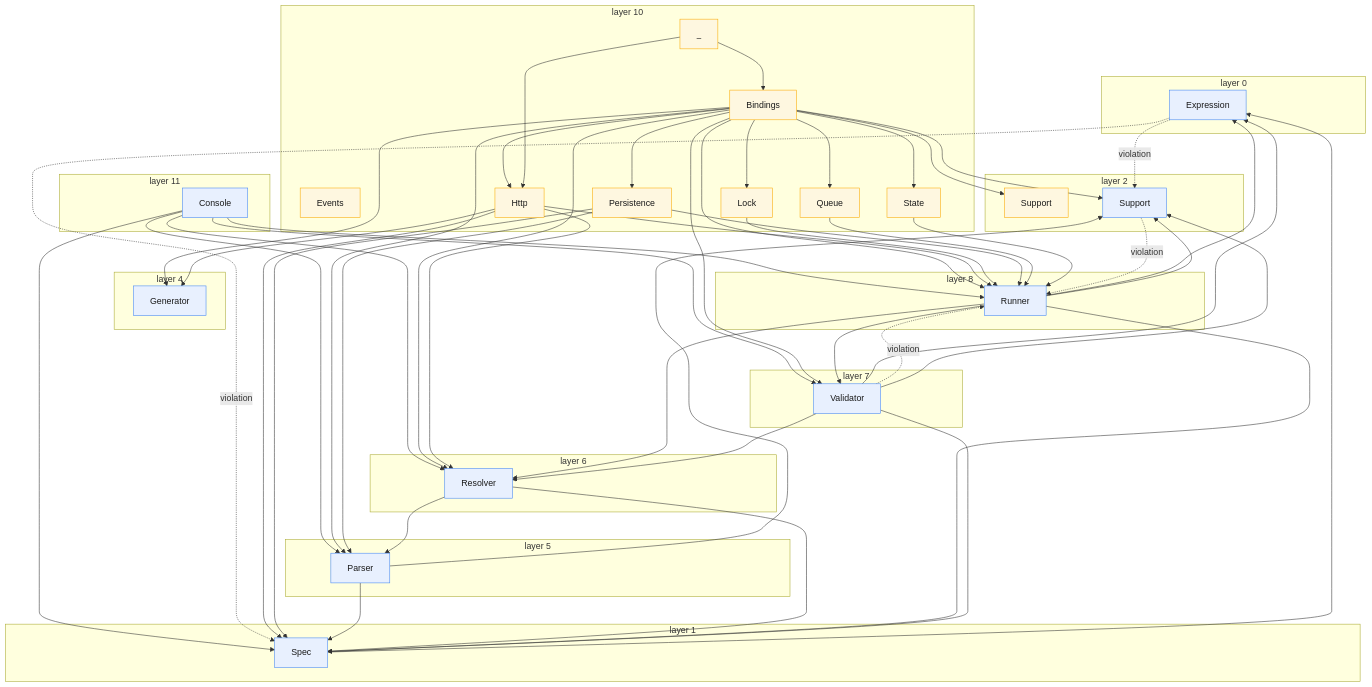
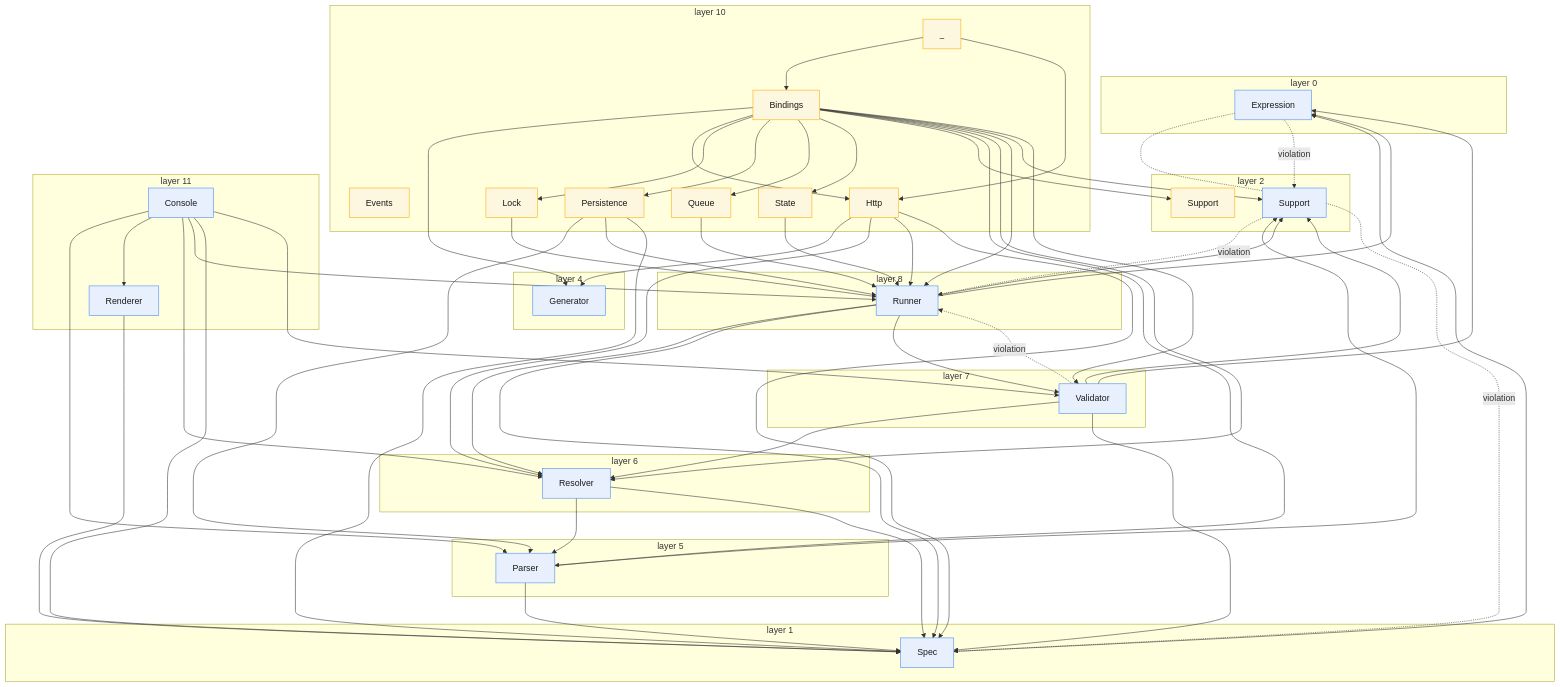
The diagram in docs/generated/layering.md (Mohammed-Alama/php-arazzo), drawn with Mermaid before and after one commit. The commit also changed 30 other files, not shown here.

First line of the commit message:
feat(cli): render command - Markdown docs + Mermaid flowcharts (P2-4)

```diff
--- a/docs/generated/layering.md
+++ b/docs/generated/layering.md
@@ -51,8 +51,10 @@
     end
     subgraph L11["layer 11"]
         M_Console["Console"]:::node
+        M_Renderer["Renderer"]:::node
     end
     M_Console --> M_Parser
+    M_Console --> M_Renderer
     M_Console --> M_Resolver
     M_Console --> M_Runner
     M_Console --> M_Spec
@@ -85,6 +87,7 @@
     M_Laravel__ --> M_Laravel_Http
     M_Parser --> M_Spec
     M_Parser --> M_Support
+    M_Renderer --> M_Spec
     M_Resolver --> M_Parser
     M_Resolver --> M_Spec
     M_Runner --> M_Expression
```
